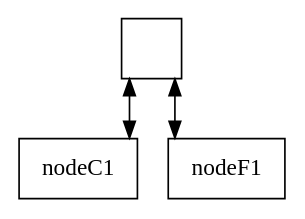
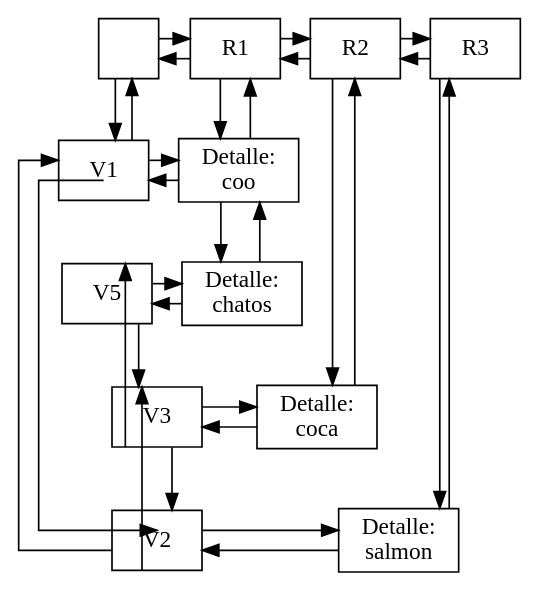
Before and after one commit to Farot30/-EDD-1S2025_202307820: the diagram in Fase#1/Graficas/MatrizDispersa.dot, drawn with Graphviz. The commit also changed 28 other files, not shown here.

```diff
--- a/Fase#1/Graficas/MatrizDispersa.dot
+++ b/Fase#1/Graficas/MatrizDispersa.dot
@@ -1,9 +1,52 @@
 digraph G {
 node [shape=box];
 rankdir=TB;
 splines=ortho;
 node0 [label="", width=0.5, height=0.5, shape=box];
-{ rank=same; node0; }
-node0 -> nodeC1 [dir=both];
-node0 -> nodeF1 [dir=both];
+{ rank=same; node0; nodeC1; nodeC2; nodeC3; }
+nodeC1 [label="R1"];
+nodeC2 [label="R2"];
+nodeC3 [label="R3"];
+node0 -> nodeC1 ;
+nodeC1 -> node0 ;
+nodeC1 -> nodeC2 ;
+nodeC2 -> nodeC1 ;
+nodeC2 -> nodeC3 ;
+nodeC3 -> nodeC2 ;
+nodeF1 [label="V1"];
+{ rank=same; nodeF1; nodeF1_C1; }
+nodeF1_C1 [label="Detalle:\ncoo"];
+nodeF2 [label="V2"];
+nodeF1:s -> nodeF2:n ;
+nodeF2 -> nodeF1 ;
+{ rank=same; nodeF2; nodeF2_C3; }
+nodeF2_C3 [label="Detalle:\nsalmon"];
+nodeF3 [label="V3"];
+nodeF2:s -> nodeF3:n ;
+nodeF3 -> nodeF2 ;
+{ rank=same; nodeF3; nodeF3_C2; }
+nodeF3_C2 [label="Detalle:\ncoca"];
+nodeF4 [label="V5"];
+nodeF3:s -> nodeF4:n ;
+nodeF4 -> nodeF3 ;
+{ rank=same; nodeF4; nodeF4_C1; }
+nodeF4_C1 [label="Detalle:\nchatos"];
+node0 -> nodeF1 ;
+nodeF1 -> node0 ;
+nodeF1 -> nodeF1_C1 ;
+nodeF1_C1 -> nodeF1 ;
+nodeF2 -> nodeF2_C3 ;
+nodeF2_C3 -> nodeF2 ;
+nodeF3 -> nodeF3_C2 ;
+nodeF3_C2 -> nodeF3 ;
+nodeF4 -> nodeF4_C1 ;
+nodeF4_C1 -> nodeF4 ;
+nodeC1 -> nodeF1_C1 ;
+nodeF1_C1 -> nodeC1 ;
+nodeF1_C1 -> nodeF4_C1 ;
+nodeF4_C1 -> nodeF1_C1 ;
+nodeC2 -> nodeF3_C2 ;
+nodeF3_C2 -> nodeC2 ;
+nodeC3 -> nodeF2_C3 ;
+nodeF2_C3 -> nodeC3 ;
 }
```
